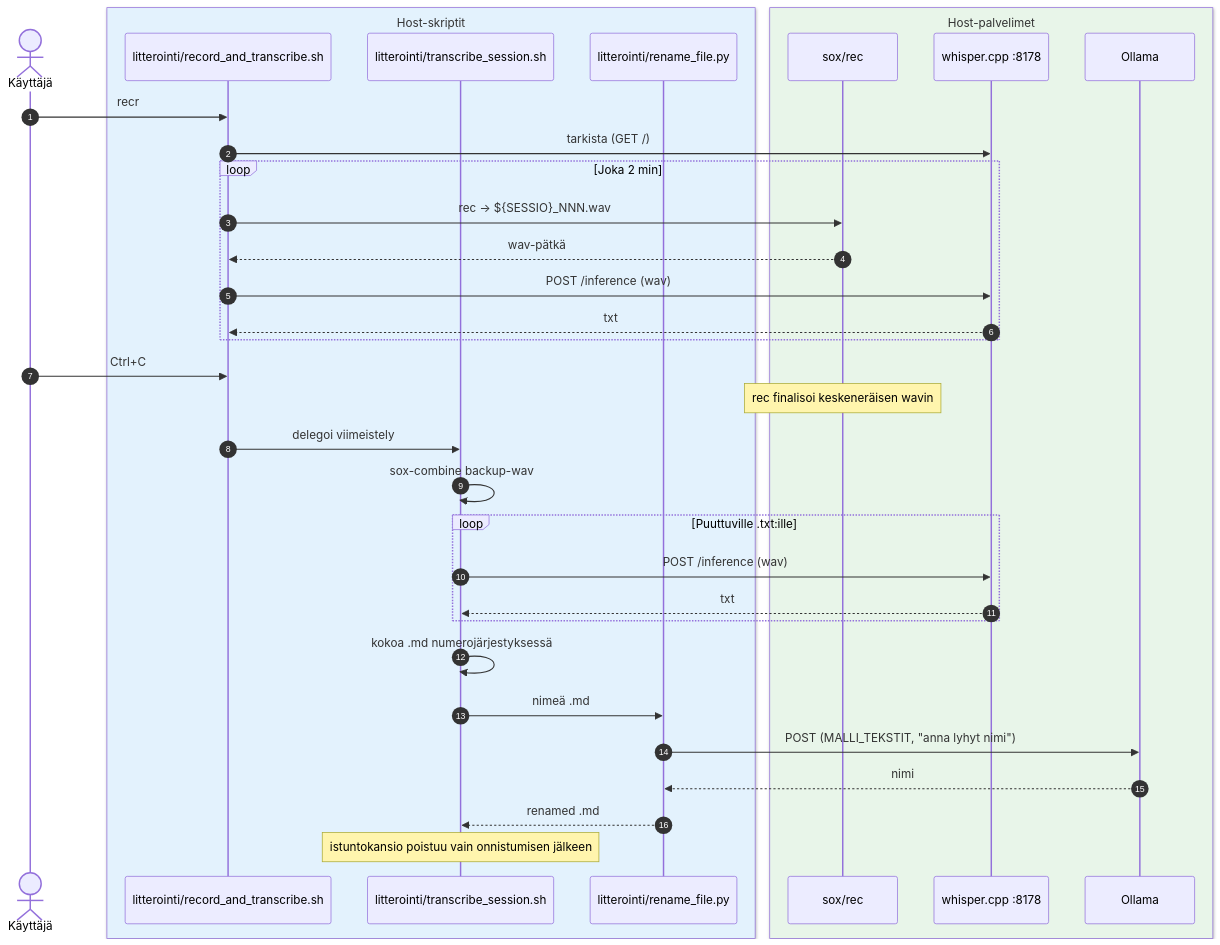
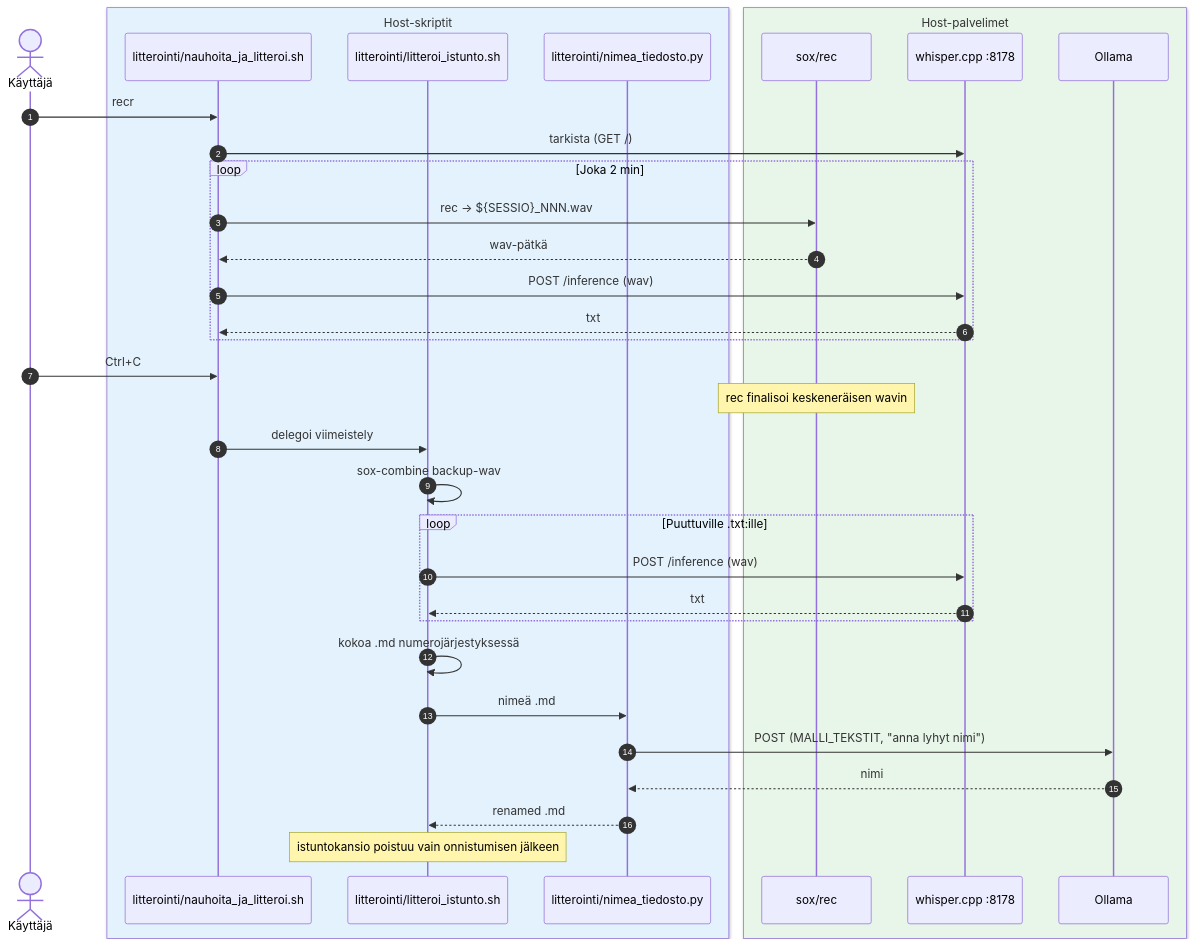
One commit to atonusgit/mactonus changed the diagram in scripts/litterointi/README.md. Above: the diagram before and after it, drawn with Mermaid. The commit also changed other lines of this file and 51 other files, not shown here.

````diff
--- a/scripts/litterointi/README.md
+++ b/scripts/litterointi/README.md
@@ -5,38 +5,38 @@
 ```mermaid
 sequenceDiagram
     autonumber
     actor U as Käyttäjä
     box rgb(227, 242, 253) Host-skriptit
-        participant R as litterointi/record_and_transcribe.sh
-        participant T as litterointi/transcribe_session.sh
-        participant RF as litterointi/rename_file.py
+        participant R as litterointi/nauhoita_ja_litteroi.sh
+        participant T as litterointi/litteroi_istunto.sh
+        participant RF as litterointi/nimea_tiedosto.py
     end
     box rgb(232, 245, 233) Host-palvelimet
         participant Rec as sox/rec
         participant W as whisper.cpp :8178
         participant O as Ollama
     end
 
     U->>R: recr
     R->>W: tarkista (GET /)
     loop Joka 2 min
         R->>Rec: rec → ${SESSIO}_NNN.wav
         Rec-->>R: wav-pätkä
         R->>W: POST /inference (wav)
         W-->>R: txt
     end
     U->>R: Ctrl+C
     Note over Rec: rec finalisoi keskeneräisen wavin
     R->>T: delegoi viimeistely
     T->>T: sox-combine backup-wav
     loop Puuttuville .txt:ille
         T->>W: POST /inference (wav)
         W-->>T: txt
     end
     T->>T: kokoa .md numerojärjestyksessä
     T->>RF: nimeä .md
     RF->>O: POST (MALLI_TEKSTIT, "anna lyhyt nimi")
     O-->>RF: nimi
     RF-->>T: renamed .md
     Note over T: istuntokansio poistuu vain onnistumisen jälkeen
 ```
````
